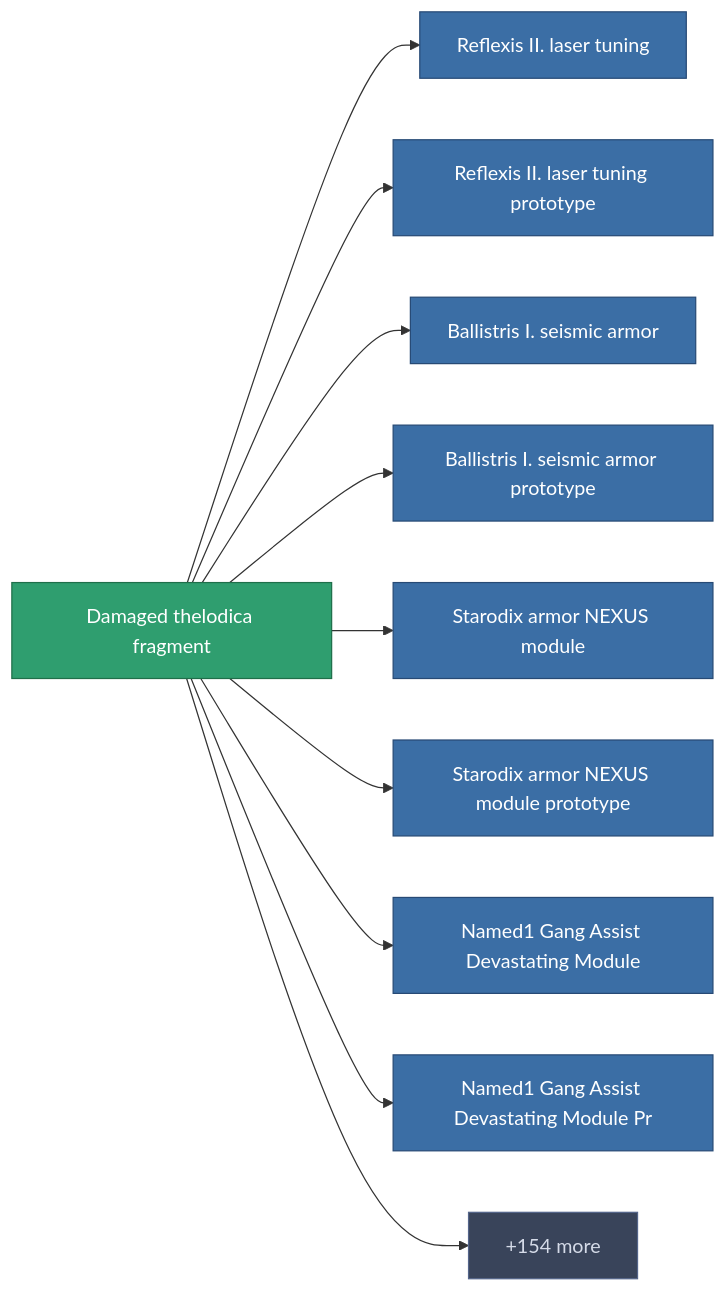
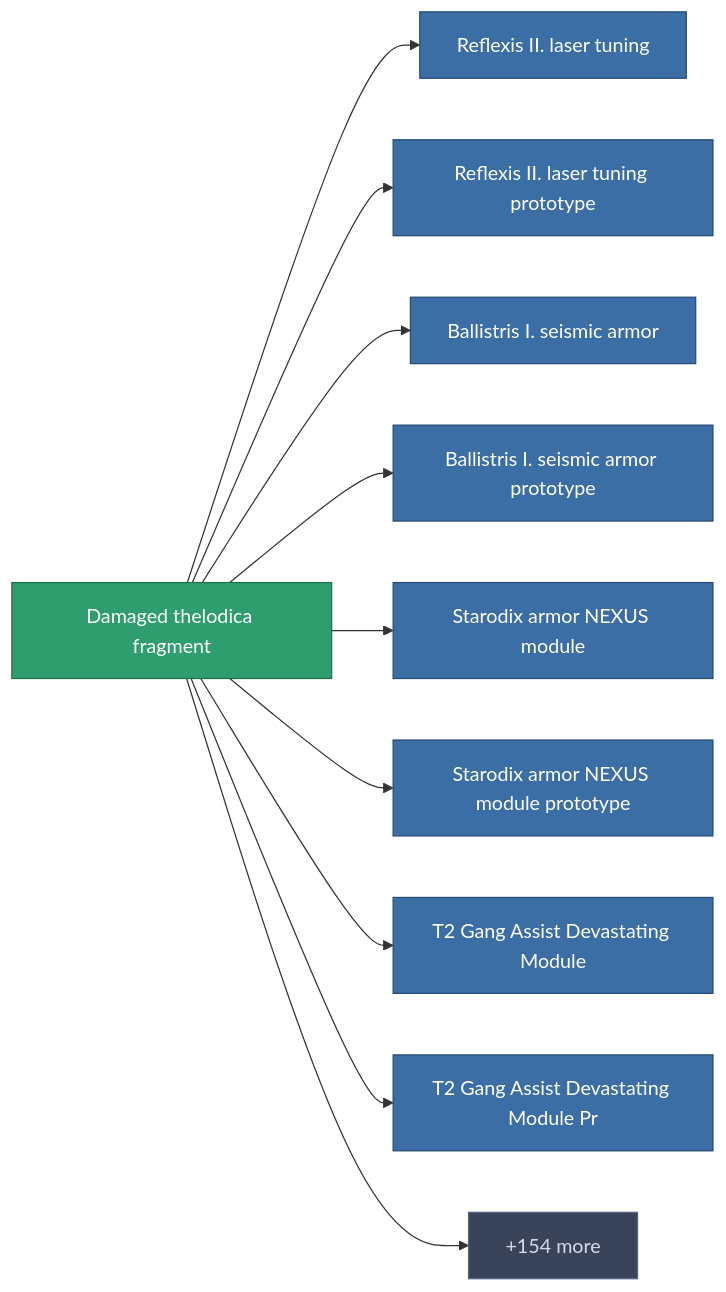
Before and after one commit to OpenPerpetuum/Wiki: the diagram in content/content/items/robotshard_thelodica_basic.md, drawn with Mermaid. The commit also changed other lines of this file and 4904 other files, not shown here.

````diff
--- a/content/content/items/robotshard_thelodica_basic.md
+++ b/content/content/items/robotshard_thelodica_basic.md
@@ -46,34 +36,34 @@
 ```mermaid
 graph LR
     a["Damaged thelodica fragment"]:::current
     b["Reflexis II. laser tuning"]:::prod
     a --> b
     click b "/content/items/named1-damage-mod-laser/" "Reflexis II. laser tuning"
     c["Reflexis II. laser tuning prototype"]:::prod
     a --> c
     click c "/content/items/named1-damage-mod-laser-pr/" "Reflexis II. laser tuning prototype"
     d["Ballistris I. seismic armor"]:::prod
     a --> d
     click d "/content/items/named1-exp-armor-hardener/" "Ballistris I. seismic armor"
     e["Ballistris I. seismic armor prototype"]:::prod
     a --> e
     click e "/content/items/named1-exp-armor-hardener-pr/" "Ballistris I. seismic armor prototype"
     f["Starodix armor NEXUS module"]:::prod
     a --> f
     click f "/content/items/named1-gang-assist-defense-module/" "Starodix armor NEXUS module"
     g["Starodix armor NEXUS module prototype"]:::prod
     a --> g
     click g "/content/items/named1-gang-assist-defense-module-pr/" "Starodix armor NEXUS module prototype"
-    h["Named1 Gang Assist Devastating Module"]:::prod
+    h["T2 Gang Assist Devastating Module"]:::prod
     a --> h
-    click h "/content/items/named1-gang-assist-devastating-module/" "Named1 Gang Assist Devastating Module"
-    i["Named1 Gang Assist Devastating Module Pr"]:::prod
+    click h "/content/items/named1-gang-assist-devastating-module/" "T2 Gang Assist Devastating Module"
+    i["T2 Gang Assist Devastating Module Pr"]:::prod
     a --> i
-    click i "/content/items/named1-gang-assist-devastating-module-pr/" "Named1 Gang Assist Devastating Module Pr"
+    click i "/content/items/named1-gang-assist-devastating-module-pr/" "T2 Gang Assist Devastating Module Pr"
     j["+154 more"]:::more
     a --> j
     click j "/content/recipes/" "All recipes"
     classDef current fill:#2f9e6f,stroke:#1f6f4a,color:#ffffff
     classDef prod fill:#3b6ea5,stroke:#274a75,color:#ffffff
     classDef more fill:#39445a,stroke:#54658a,color:#d5dbe8
 ```
````
